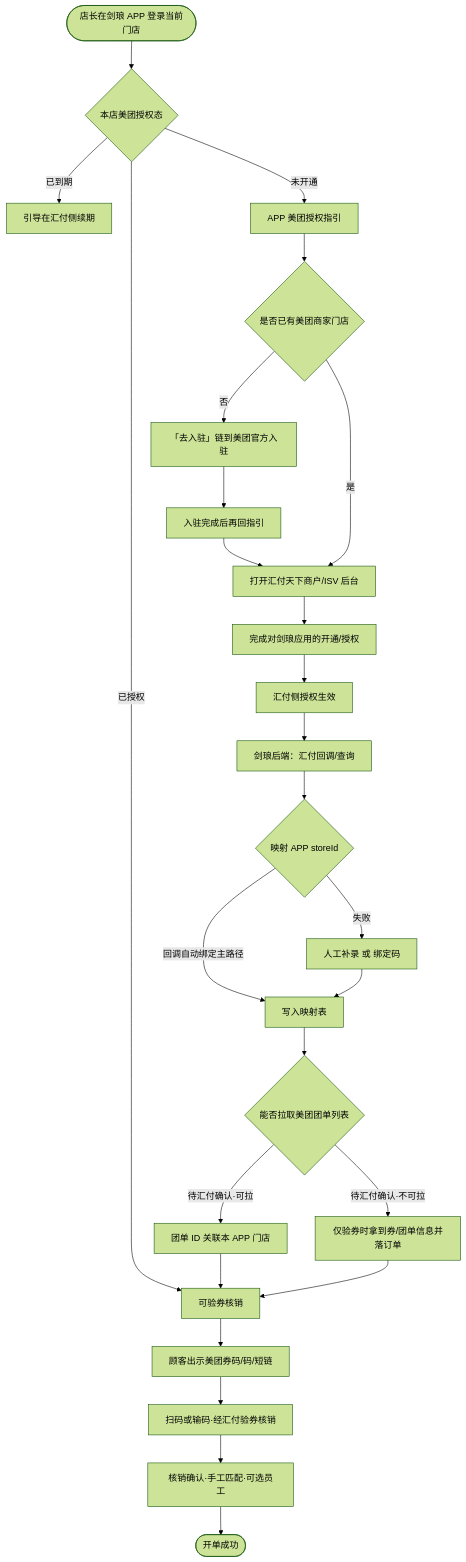
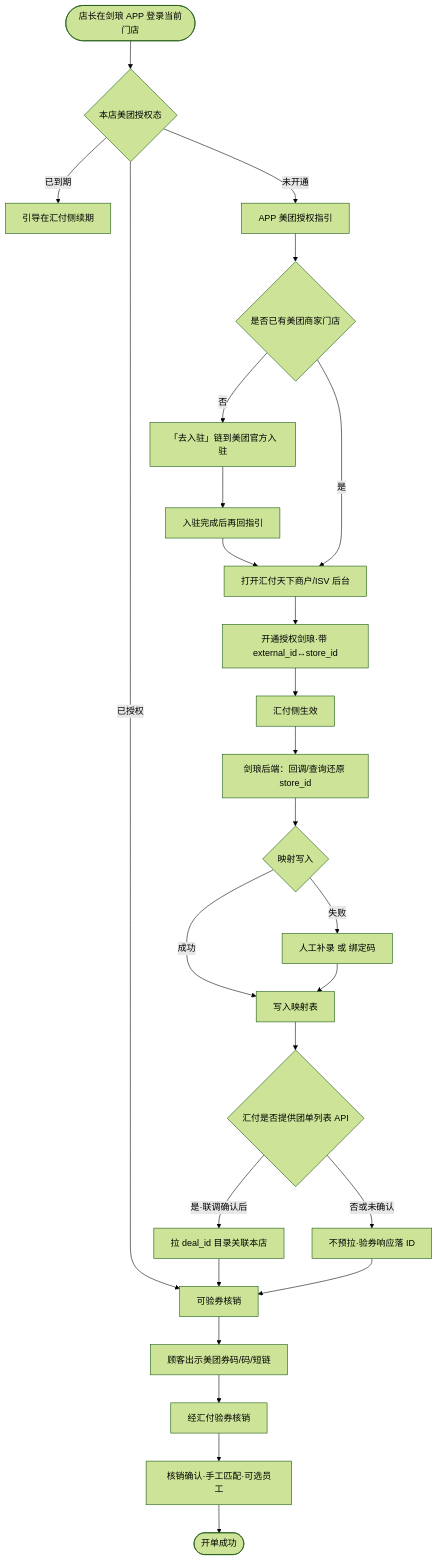
The fourth of 5 diagrams in PRD-团购核销.md (XDean-Designer/tiktok), drawn with Mermaid (forest theme) before and after one commit. The commit also changed other lines of this file and 4 other files, not shown here.

````diff
--- a/PRD-团购核销.md
+++ b/PRD-团购核销.md
@@ -1005,30 +1020,30 @@
 ```mermaid
 flowchart TD
   M0([店长在剑琅 APP 登录当前门店]) --> M1{本店美团授权态}
   M1 -->|已授权| M9[可验券核销]
   M1 -->|已到期| M2[引导在汇付侧续期]
   M1 -->|未开通| M3[APP 美团授权指引]
 
   M3 --> M4{是否已有美团商家门店}
   M4 -->|否| M4a[「去入驻」链到美团官方入驻]
   M4a --> M4b[入驻完成后再回指引]
   M4b --> M5
   M4 -->|是| M5[打开汇付天下商户/ISV 后台]
 
-  M5 --> M6[完成对剑琅应用的开通/授权]
-  M6 --> M7[汇付侧授权生效]
-  M7 --> C1[剑琅后端：汇付回调/查询]
-  C1 --> C2{映射 APP storeId}
-  C2 -->|回调自动绑定主路径| C3[写入映射表]
+  M5 --> M6[开通授权剑琅·带 external_id↔store_id]
+  M6 --> M7[汇付侧生效]
+  M7 --> C1[剑琅后端：回调/查询还原 store_id]
+  C1 --> C2{映射写入}
+  C2 -->|成功| C3[写入映射表]
   C2 -->|失败| C4[人工补录 或 绑定码]
   C4 --> C3
-  C3 --> C5{能否拉取美团团单列表}
-  C5 -->|待汇付确认·可拉| C6[团单 ID 关联本 APP 门店]
-  C5 -->|待汇付确认·不可拉| C7[仅验券时拿到券/团单信息并落订单]
+  C3 --> C5{汇付是否提供团单列表 API}
+  C5 -->|是·联调确认后| C6[拉 deal_id 目录关联本店]
+  C5 -->|否或未确认| C7[不预拉·验券响应落 ID]
   C6 --> M9
   C7 --> M9
   M9 --> M10[顾客出示美团券码/码/短链]
-  M10 --> M11[扫码或输码·经汇付验券核销]
+  M10 --> M11[经汇付验券核销]
   M11 --> M12[核销确认·手工匹配·可选员工]
   M12 --> M13([开单成功])
 ```
````
